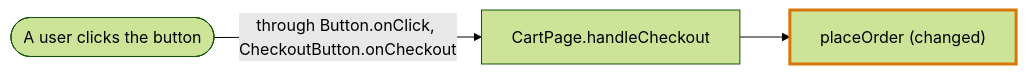
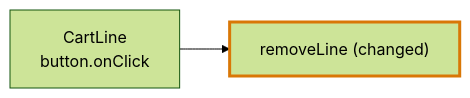
The diagram in docs/vocabulary/codegraph/languages/jsx.md (kidlat-dakila/flight-plan), drawn with Mermaid (forest theme) before and after one commit. The commit also changed other lines of this file and 207 other files, not shown here.

First line of the commit message:
feat: Refactor journey flow diagrams and written parts handling

````diff
--- a/docs/vocabulary/codegraph/languages/jsx.md
+++ b/docs/vocabulary/codegraph/languages/jsx.md
@@ -86,5 +82,5 @@
 ```mermaid
 flowchart LR
-  click(["A user clicks the button"]) -->|"through Button.onClick, CheckoutButton.onCheckout"| handler["CartPage.handleCheckout"] --> placeOrder["placeOrder (changed)"]:::changed
+  line["CartLine<br/>button.onClick"] --> remove["removeLine (changed)"]:::changed
   classDef changed stroke:#d97706,stroke-width:3px
 ```
````
